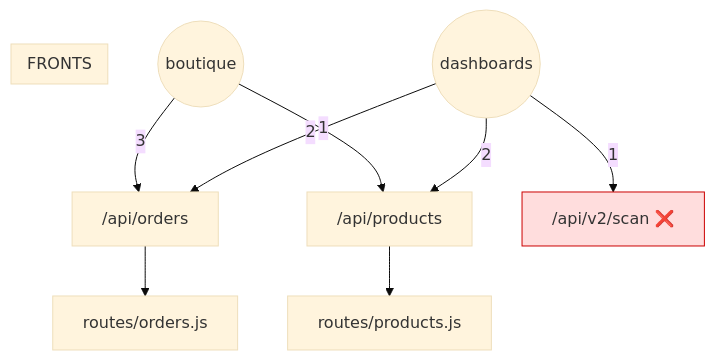
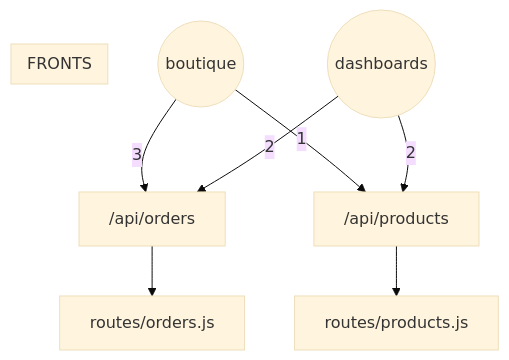
The diagram in docs/META_GRAPH.md (SamyrFateh/komerce-backend), drawn with Mermaid (base theme) before and after one commit. The commit also changed other lines of this file and 18 other files, not shown here.

````diff
--- a/docs/META_GRAPH.md
+++ b/docs/META_GRAPH.md
@@ -53,15 +45,13 @@
 ```mermaid
 graph TD
   subgraph FRONTS
     direction LR
   end
   ep__api_orders["/api/orders"] --> rt_routes_orders_js["routes/orders.js"]
   BTQ((boutique)) -->|3| ep__api_orders
   DASH((dashboards)) -->|2| ep__api_orders
   ep__api_products["/api/products"] --> rt_routes_products_js["routes/products.js"]
   BTQ((boutique)) -->|1| ep__api_products
   DASH((dashboards)) -->|2| ep__api_products
-  ep__api_v2_scan["/api/v2/scan ❌"]:::phantom
-  DASH((dashboards)) -->|1| ep__api_v2_scan
   classDef phantom fill:#fdd,stroke:#c00;
 ```
````
